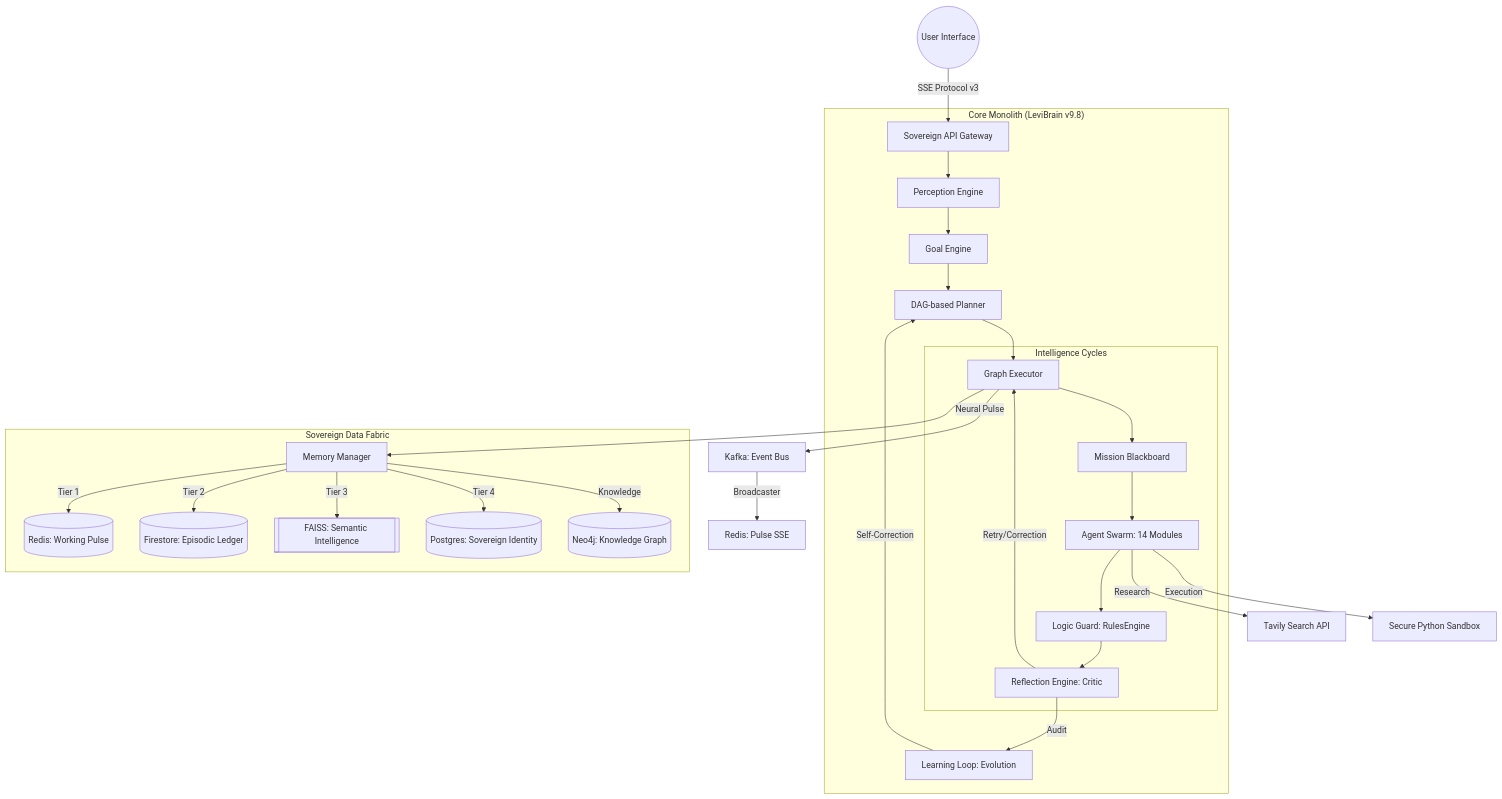
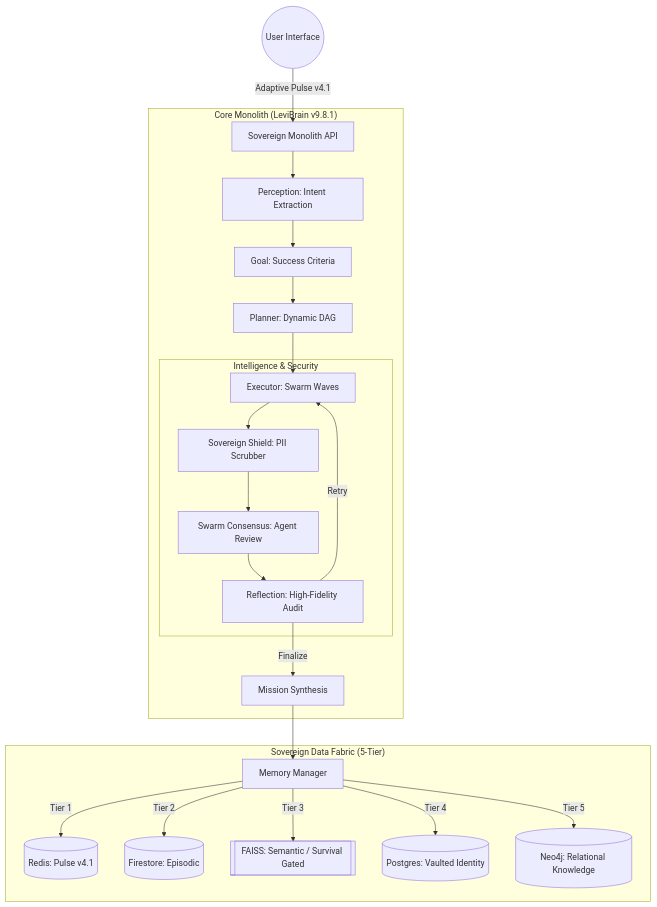
Before and after one commit to Blackdrg/levi-ai-innovate: the diagram in README.md, drawn with Mermaid. The commit also changed other lines of this file and 51 other files, not shown here.

First line of the commit message:
feat(v9.8.1): LEVI-AI Sovereign Monolith Graduation

````diff
--- a/README.md
+++ b/README.md
@@ -62,44 +42,33 @@
 ```mermaid
 graph TD
     %% Entry Layer
-    User((User Interface)) -->|SSE Protocol v3| Gateway[Sovereign API Gateway]
+    User((User Interface)) -->|Adaptive Pulse v4.1| Gateway[Sovereign Monolith API]
     
-    %% Cognitive Monolith v9.8
-    subgraph "Core Monolith (LeviBrain v9.8)"
-        Gateway --> Perception[Perception Engine]
-        Perception --> Goal[Goal Engine]
-        Goal --> Planner[DAG-based Planner]
-        Planner --> Executor[Graph Executor]
+    %% Cognitive Monolith v9.8.1
+    subgraph "Core Monolith (LeviBrain v9.8.1)"
+        Gateway --> Perception[Perception: Intent Extraction]
+        Perception --> Goal[Goal: Success Criteria]
+        Goal --> Planner[Planner: Dynamic DAG]
+        Planner --> Executor[Executor: Swarm Waves]
         
-        %% Internal Decision Fabric
-        subgraph "Intelligence Cycles"
-            Executor --> Blackboard[Mission Blackboard]
-            Blackboard --> Agents[Agent Swarm: 14 Modules]
-            Agents --> Logic[Logic Guard: RulesEngine]
-            Logic --> Reflection[Reflection Engine: Critic]
+        %% Intelligence Cycles
+        subgraph "Intelligence & Security"
+            Executor --> Shield[Sovereign Shield: PII Scrubber]
+            Shield --> Swarm[Swarm Consensus: Agent Review]
+            Swarm --> Reflection[Reflection: High-Fidelity Audit]
         end
         
-        %% Intelligence Layers
-        Reflection -->|Retry/Correction| Executor
-        Reflection -->|Audit| Learning[Learning Loop: Evolution]
-        Learning -->|Self-Correction| Planner
+        Reflection -->|Retry| Executor
+        Reflection -->|Finalize| Synthesis[Mission Synthesis]
     end
     
-    %% Messaging & Event Bus
-    Executor -->|Neural Pulse| Kafka[Kafka: Event Bus]
-    Kafka -->|Broadcaster| Redis_P[Redis: Pulse SSE]
-
     %% Resonant Memory Fabric
-    subgraph "Sovereign Data Fabric"
-        Executor --> Memory[Memory Manager]
-        Memory -->|Tier 1| Redis[(Redis: Working Pulse)]
-        Memory -->|Tier 2| Firestore[(Firestore: Episodic Ledger)]
-        Memory -->|Tier 3| FAISS[[FAISS: Semantic Intelligence]]
-        Memory -->|Tier 4| Postgres[(Postgres: Sovereign Identity)]
-        Memory -->|Knowledge| Neo4j[(Neo4j: Knowledge Graph)]
+    subgraph "Sovereign Data Fabric (5-Tier)"
+        Synthesis --> Memory[Memory Manager]
+        Memory -->|Tier 1| Redis[(Redis: Pulse v4.1)]
+        Memory -->|Tier 2| Firestore[(Firestore: Episodic)]
+        Memory -->|Tier 3| FAISS[[FAISS: Semantic / Survival Gated]]
+        Memory -->|Tier 4| Postgres[(Postgres: Vaulted Identity)]
+        Memory -->|Tier 5| Neo4j[(Neo4j: Relational Knowledge)]
     end
-    
-    %% External Ecosystem
-    Agents -->|Research| Tavily[Tavily Search API]
-    Agents -->|Execution| Sandbox[Secure Python Sandbox]
 ```
````
